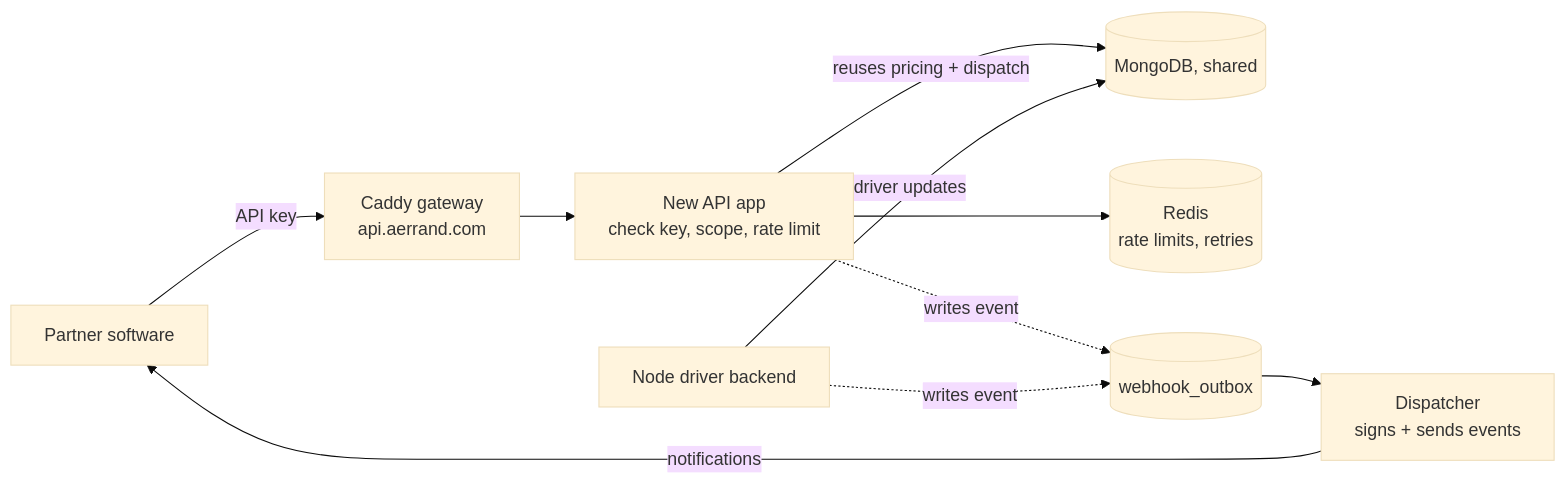
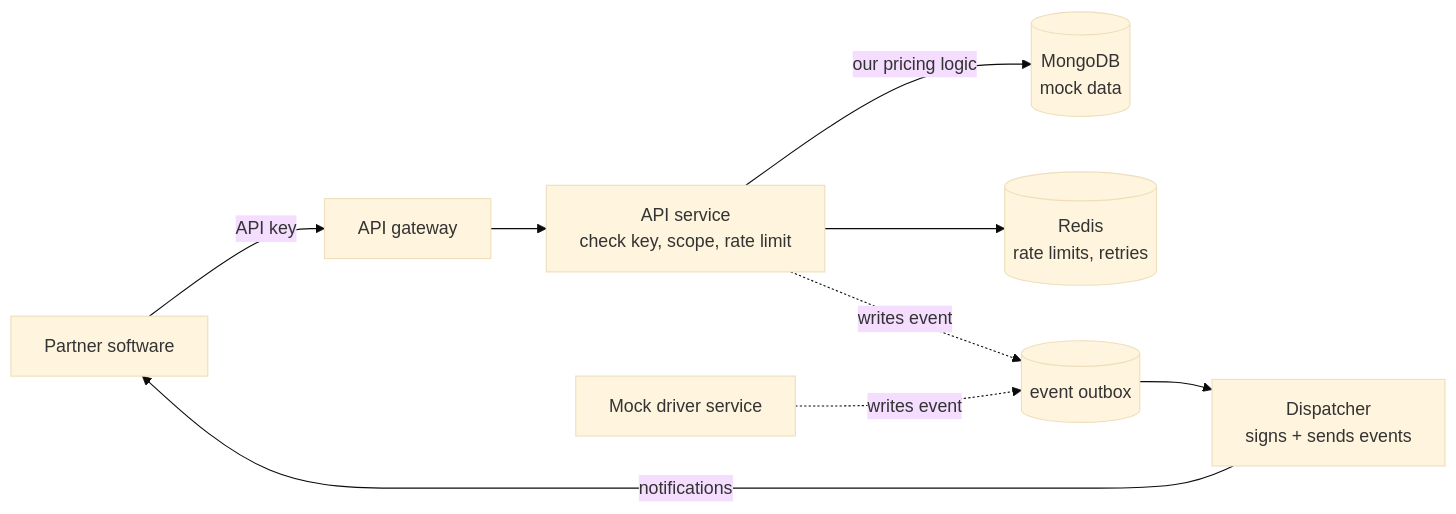
One commit to nikhilnathi2003/aerrand-developer-api changed the diagram in docs/P1-initial-setup-report.md. Above: the diagram before and after it, drawn with Mermaid (base theme). The commit also changed other lines of this file, not shown here.

Commit message:
Update P1 report with real kickoff answers (standalone/mock-data scope)

````diff
--- a/docs/P1-initial-setup-report.md
+++ b/docs/P1-initial-setup-report.md
@@ -35,12 +38,11 @@
 ```mermaid
 flowchart LR
-    I[Partner software] -->|API key| C[Caddy gateway<br/>api.aerrand.com]
-    C --> V["New API app<br/>check key, scope, rate limit"]
-    V -->|reuses pricing + dispatch| DB[(MongoDB, shared)]
+    I[Partner software] -->|API key| C[API gateway]
+    C --> V["API service<br/>check key, scope, rate limit"]
+    V -->|our pricing logic| DB[(MongoDB<br/>mock data)]
     V --> R[(Redis<br/>rate limits, retries)]
-    N[Node driver backend] -->|driver updates| DB
-    V -. writes event .-> OB[(webhook_outbox)]
-    N -. writes event .-> OB
+    M[Mock driver service] -. writes event .-> OB[(event outbox)]
+    V -. writes event .-> OB
     OB --> D[Dispatcher<br/>signs + sends events]
     D -->|notifications| I
 ```
````
